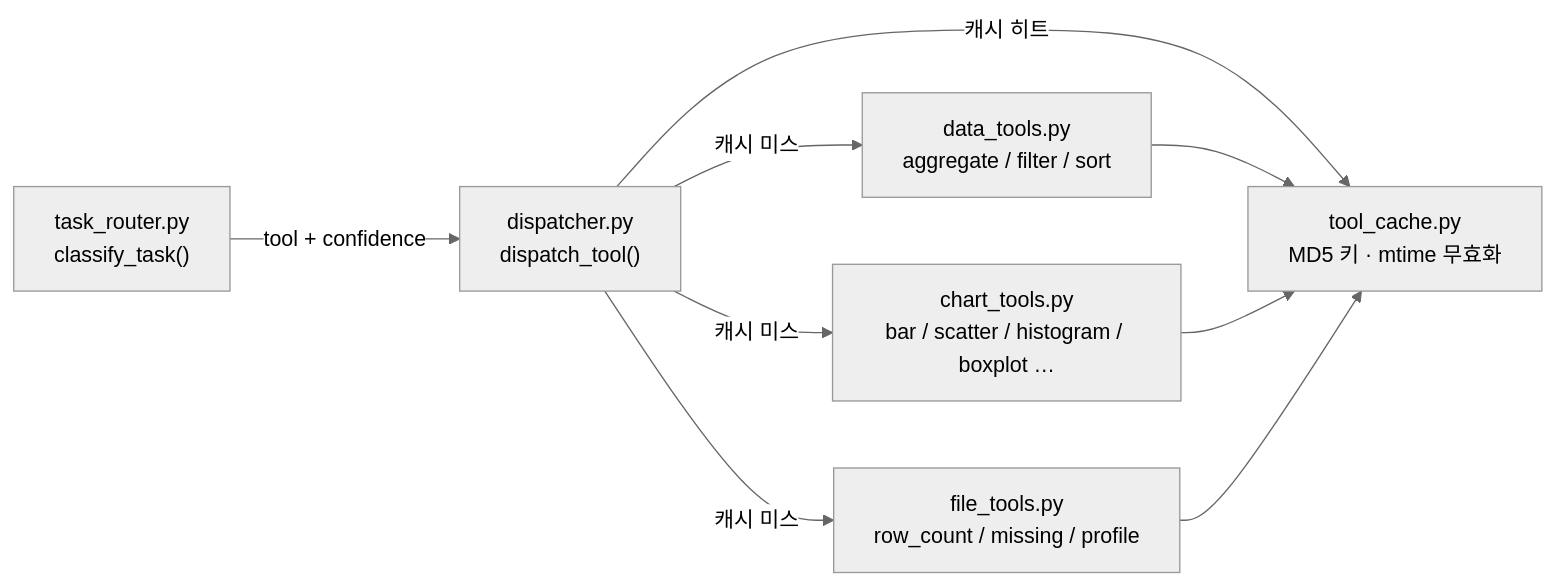
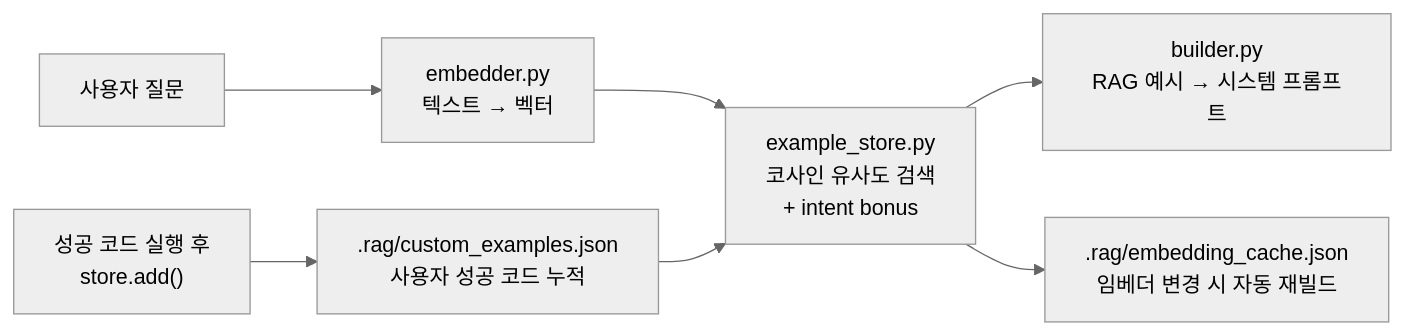
One commit to sayoon01/excel-ai-agent changed the third of 8 diagrams in README.md. Above: the diagram before and after it, drawn with Mermaid (neutral theme). The commit also changed other lines of this file and 17 other files, not shown here.

First line of the commit message:
feat: RAG 예제 검색·merge 세부 분류 및 프롬프트·UI 확장

````diff
--- a/README.md
+++ b/README.md
@@ -276,14 +282,14 @@
 ```mermaid
 flowchart LR
-    TR3["task_router.py\nclassify_task()"]
-    DP2["dispatcher.py\ndispatch_tool()"]
-    TC2["tool_cache.py\nMD5 키 · mtime 무효화"]
-    DT2["data_tools.py\naggregate / filter / sort"]
-    CT2["chart_tools.py\nbar / scatter / histogram / boxplot …"]
-    FT["file_tools.py\nrow_count / missing / profile"]
+    Q["사용자 질문"]
+    EM2["embedder.py\n텍스트 → 벡터"]
+    ES2["example_store.py\n코사인 유사도 검색\n+ intent bonus"]
+    BD2["builder.py\nRAG 예시 → 시스템 프롬프트"]
+    FB["성공 코드 실행 후\nstore.add()"]
+    CACHE[".rag/embedding_cache.json\n임베더 변경 시 자동 재빌드"]
+    CUSTOM[".rag/custom_examples.json\n사용자 성공 코드 누적"]
 
-    TR3 -->|"tool + confidence"| DP2
-    DP2 -->|캐시 히트| TC2
-    DP2 -->|캐시 미스| DT2 & CT2 & FT
-    DT2 & CT2 & FT --> TC2
+    Q --> EM2 --> ES2 --> BD2
+    FB --> CUSTOM --> ES2
+    ES2 --> CACHE
 ```
````
